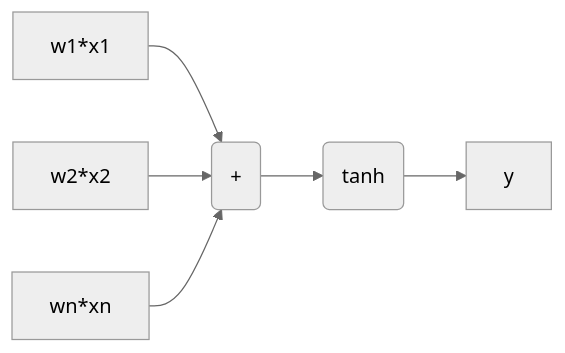
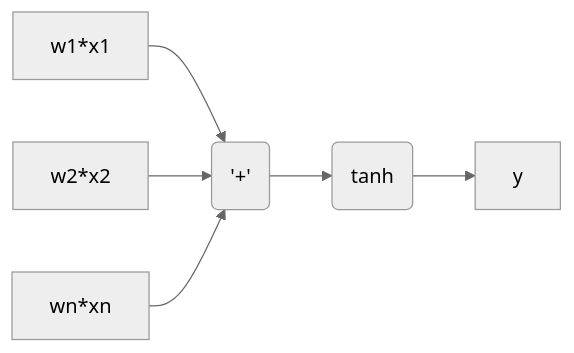
Before and after one commit to elaplas/autograd: the third of 5 diagrams in README.md, drawn with Mermaid (neutral theme). The commit also changed other lines of this file, not shown here.

````diff
--- a/README.md
+++ b/README.md
@@ -53,8 +53,8 @@
 ```mermaid
 graph LR
-A[w1*x1] -->D(+) 
-B[w2*x2] -->D(+)
-M[wn*xn] -->D(+)
-D(+) --> E(tanh)
+A[w1*x1] -->D('+') 
+B[w2*x2] -->D('+')
+M[wn*xn] -->D('+')
+D('+') --> E(tanh)
 E(tanh) -->G[y]
 ```
````
